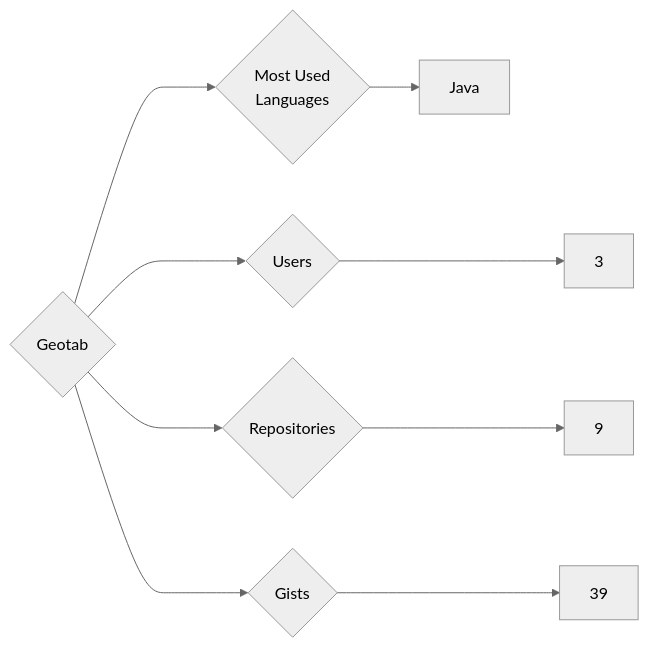
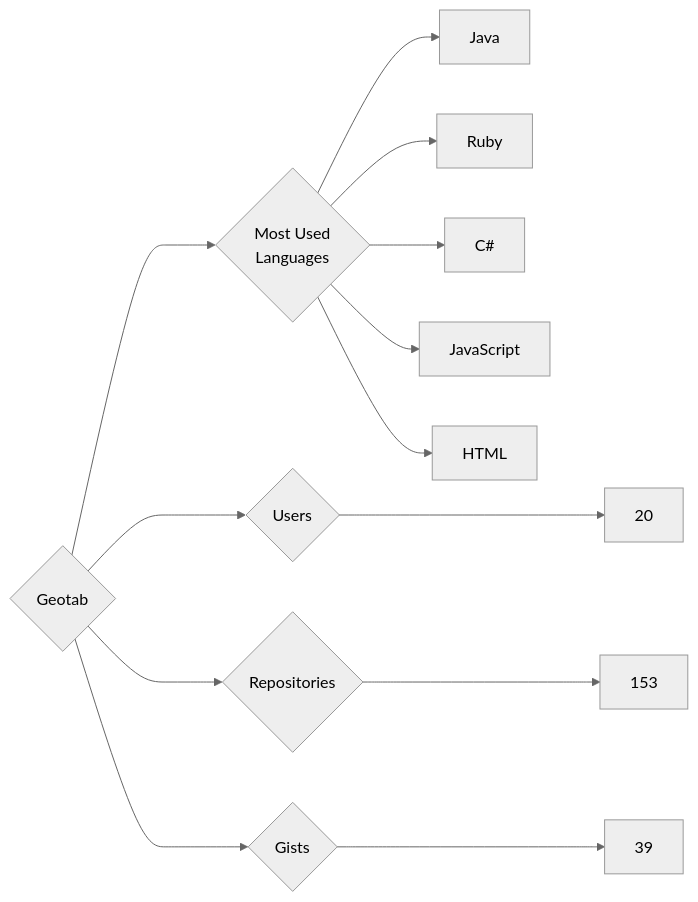
One commit to trickest/insiders changed the diagram in targets/Geotab/README.md. Above: the diagram before and after it, drawn with Mermaid (neutral theme). The commit also changed 899 other files, not shown here.

````diff
--- a/targets/Geotab/README.md
+++ b/targets/Geotab/README.md
@@ -3,9 +3,13 @@
 ```mermaid
 graph LR
 COMPANY_NAME{Geotab}
-COMPANY_NAME ---> U{Users} ---> UN[3]
-COMPANY_NAME ---> R{Repositories} ---> RN[9]
+COMPANY_NAME ---> U{Users} ---> UN[20]
+COMPANY_NAME ---> R{Repositories} ---> RN[153]
 COMPANY_NAME ---> G{Gists} ---> GN[39]
 COMPANY_NAME ---> ML{Most Used<br>Languages}
 ML --> Java[Java]
+ML --> Ruby[Ruby]
+ML --> C#[C#]
+ML --> JavaScript[JavaScript]
+ML --> HTML[HTML]
 ```
````
